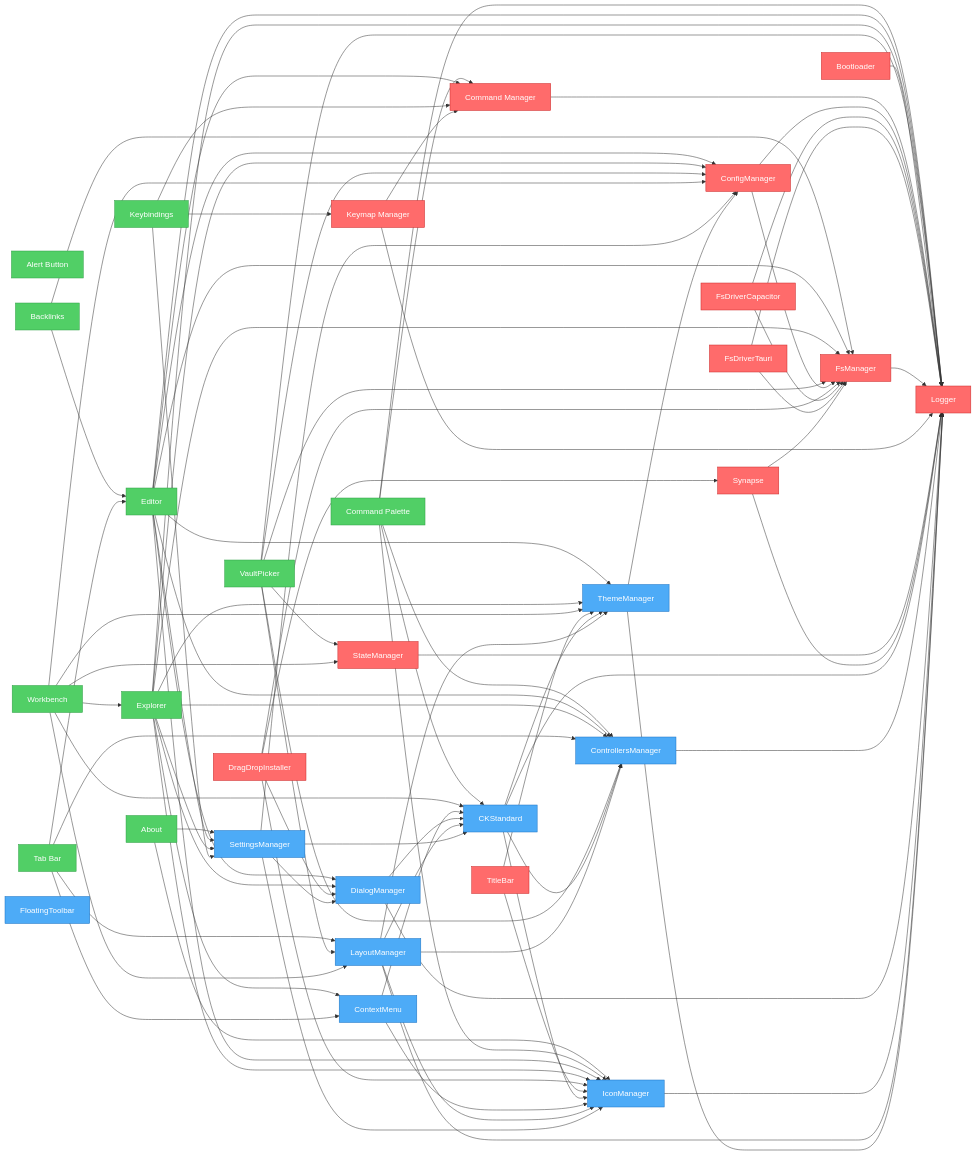
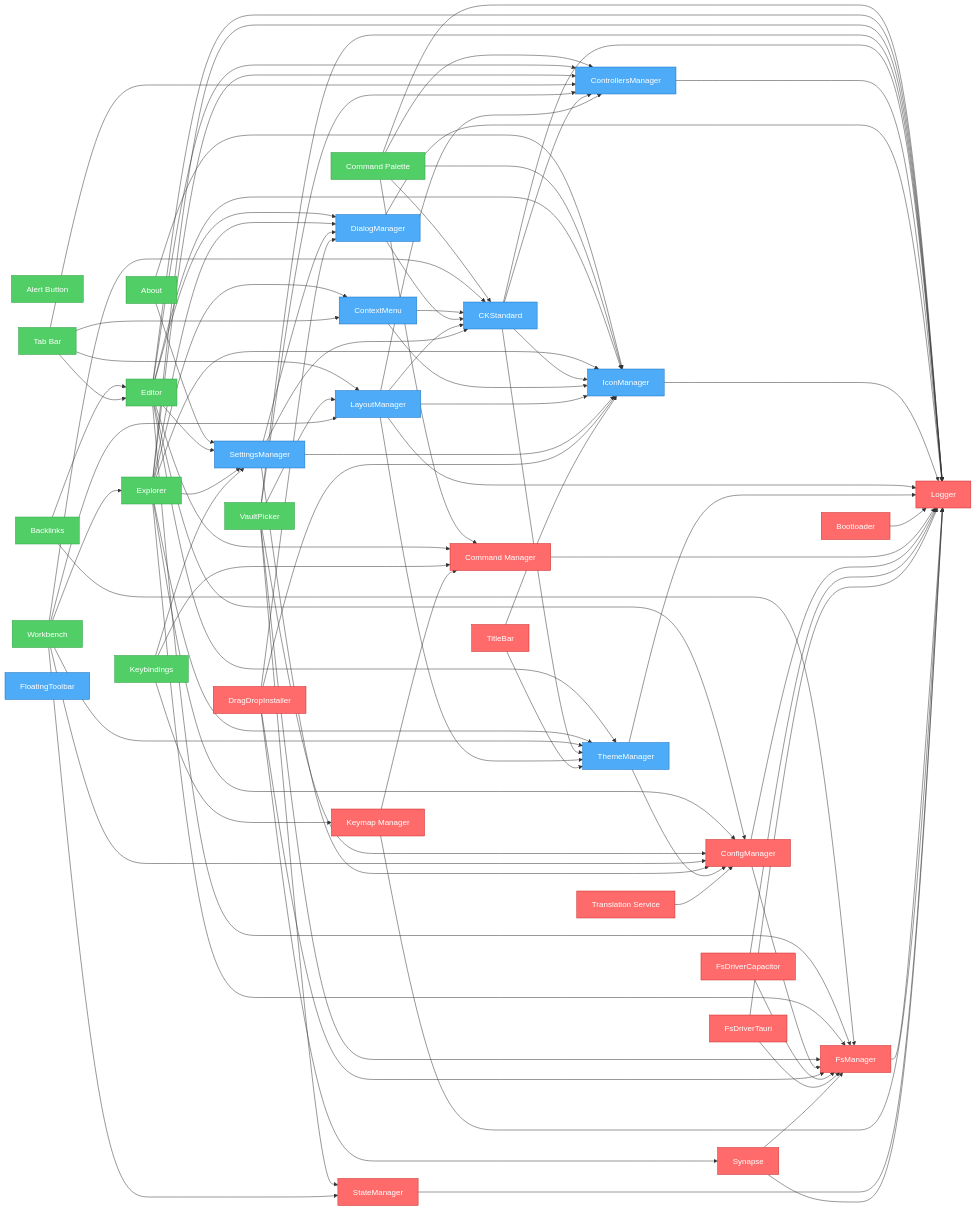
One commit to khton-tech/notehub.md changed the diagram in artifacts/graph.mmd. Above: the diagram before and after it, drawn with Mermaid. The commit also changed 67 other files, not shown here.

Commit message:
feat: add new core features, UI plugins, and internationalization system

```diff
--- a/artifacts/graph.mmd
+++ b/artifacts/graph.mmd
@@ -1,128 +1,130 @@
 flowchart LR
     nh_features_about["About"]
     nh_features_alert-button["Alert Button"]
+    nh_features_command-palette["Command Palette"]
     nh_features_backlinks["Backlinks"]
-    nh_features_command-palette["Command Palette"]
     nh_features_editor["Editor"]
     nh_features_explorer["Explorer"]
     nh_features_keybindings["Keybindings"]
     nh_features_tabbar["Tab Bar"]
     nh_features_vault-picker["VaultPicker"]
     nh_features_workbench["Workbench"]
-    nh_system_bootloader["Bootloader"]
-    nh_system_command-manager["Command Manager"]
-    nh_system_config-manager["ConfigManager"]
-    nh_system_drag-drop["DragDropInstaller"]
-    nh_system_fs-driver-capacitor["FsDriverCapacitor"]
-    nh_system_fs-driver-tauri["FsDriverTauri"]
-    nh_system_fs-manager["FsManager"]
-    nh_system_keymap["Keymap Manager"]
-    nh_system_state-manager["StateManager"]
-    nh_system_logger["Logger"]
-    nh_system_synapse["Synapse"]
-    nh_system_titlebar["TitleBar"]
     nh_ui_ck-standard["CKStandard"]
     nh_ui_context-menu["ContextMenu"]
     nh_ui_controllers-manager["ControllersManager"]
     nh_ui_dialog-manager["DialogManager"]
     nh_ui_floating-toolbar["FloatingToolbar"]
     nh_ui_icon-manager["IconManager"]
     nh_ui_layout-manager["LayoutManager"]
     nh_ui_settings-manager["SettingsManager"]
     nh_ui_theme-manager["ThemeManager"]
+    nh_system_bootloader["Bootloader"]
+    nh_system_command-manager["Command Manager"]
+    nh_system_config-manager["ConfigManager"]
+    nh_system_drag-drop["DragDropInstaller"]
+    nh_system_fs-driver-capacitor["FsDriverCapacitor"]
+    nh_system_fs-driver-tauri["FsDriverTauri"]
+    nh_system_fs-manager["FsManager"]
+    nh_system_i18n["Translation Service"]
+    nh_system_keymap["Keymap Manager"]
+    nh_system_logger["Logger"]
+    nh_system_state-manager["StateManager"]
+    nh_system_synapse["Synapse"]
+    nh_system_titlebar["TitleBar"]
     nh_features_about --> nh_ui_settings-manager
     nh_features_about --> nh_ui_icon-manager
-    nh_features_backlinks --> nh_features_editor
-    nh_features_backlinks --> nh_system_fs-manager
     nh_features_command-palette --> nh_system_command-manager
     nh_features_command-palette --> nh_system_logger
     nh_features_command-palette --> nh_ui_controllers-manager
     nh_features_command-palette --> nh_ui_ck-standard
     nh_features_command-palette --> nh_ui_icon-manager
+    nh_features_backlinks --> nh_features_editor
+    nh_features_backlinks --> nh_system_fs-manager
     nh_features_editor --> nh_system_config-manager
     nh_features_editor --> nh_system_command-manager
     nh_features_editor --> nh_ui_settings-manager
     nh_features_editor --> nh_system_fs-manager
     nh_features_editor --> nh_system_logger
     nh_features_editor --> nh_ui_controllers-manager
     nh_features_editor --> nh_ui_dialog-manager
     nh_features_editor --> nh_ui_icon-manager
     nh_features_editor --> nh_ui_theme-manager
     nh_features_explorer --> nh_system_config-manager
     nh_features_explorer --> nh_ui_settings-manager
     nh_features_explorer --> nh_system_fs-manager
     nh_features_explorer --> nh_system_logger
     nh_features_explorer --> nh_ui_controllers-manager
     nh_features_explorer --> nh_ui_icon-manager
     nh_features_explorer --> nh_ui_theme-manager
     nh_features_explorer --> nh_ui_context-menu
     nh_features_explorer --> nh_ui_dialog-manager
     nh_features_keybindings --> nh_ui_settings-manager
     nh_features_keybindings --> nh_system_command-manager
     nh_features_keybindings --> nh_system_keymap
     nh_features_tabbar --> nh_features_editor
     nh_features_tabbar --> nh_ui_controllers-manager
     nh_features_tabbar --> nh_ui_layout-manager
     nh_features_tabbar --> nh_ui_context-menu
     nh_features_vault-picker --> nh_system_fs-manager
     nh_features_vault-picker --> nh_system_config-manager
     nh_features_vault-picker --> nh_system_state-manager
     nh_features_vault-picker --> nh_system_logger
     nh_features_vault-picker --> nh_ui_controllers-manager
     nh_features_vault-picker --> nh_ui_layout-manager
     nh_features_workbench --> nh_system_config-manager
     nh_features_workbench --> nh_ui_layout-manager
     nh_features_workbench --> nh_ui_theme-manager
     nh_features_workbench --> nh_ui_ck-standard
     nh_features_workbench --> nh_system_state-manager
     nh_features_workbench --> nh_features_explorer
-    nh_system_bootloader --> nh_system_logger
-    nh_system_command-manager --> nh_system_logger
-    nh_system_config-manager --> nh_system_logger
-    nh_system_config-manager --> nh_system_fs-manager
-    nh_system_drag-drop --> nh_ui_icon-manager
-    nh_system_drag-drop --> nh_ui_dialog-manager
-    nh_system_drag-drop --> nh_system_fs-manager
-    nh_system_drag-drop --> nh_system_synapse
-    nh_system_fs-driver-capacitor --> nh_system_logger
-    nh_system_fs-driver-capacitor --> nh_system_fs-manager
-    nh_system_fs-driver-tauri --> nh_system_logger
-    nh_system_fs-driver-tauri --> nh_system_fs-manager
-    nh_system_fs-manager --> nh_system_logger
-    nh_system_keymap --> nh_system_command-manager
-    nh_system_keymap --> nh_system_logger
-    nh_system_state-manager --> nh_system_logger
-    nh_system_synapse --> nh_system_fs-manager
-    nh_system_synapse --> nh_system_logger
-    nh_system_titlebar --> nh_ui_icon-manager
-    nh_system_titlebar --> nh_ui_theme-manager
     nh_ui_ck-standard --> nh_system_logger
     nh_ui_ck-standard --> nh_ui_controllers-manager
     nh_ui_ck-standard --> nh_ui_icon-manager
     nh_ui_ck-standard --> nh_ui_theme-manager
     nh_ui_context-menu --> nh_ui_icon-manager
     nh_ui_context-menu --> nh_ui_ck-standard
     nh_ui_controllers-manager --> nh_system_logger
     nh_ui_dialog-manager --> nh_system_logger
     nh_ui_dialog-manager --> nh_ui_ck-standard
     nh_ui_icon-manager --> nh_system_logger
     nh_ui_layout-manager --> nh_system_logger
     nh_ui_layout-manager --> nh_ui_theme-manager
     nh_ui_layout-manager --> nh_ui_icon-manager
     nh_ui_layout-manager --> nh_ui_controllers-manager
     nh_ui_layout-manager --> nh_ui_ck-standard
     nh_ui_settings-manager --> nh_system_config-manager
     nh_ui_settings-manager --> nh_ui_ck-standard
     nh_ui_settings-manager --> nh_ui_icon-manager
     nh_ui_settings-manager --> nh_ui_dialog-manager
     nh_ui_theme-manager --> nh_system_logger
     nh_ui_theme-manager --> nh_system_config-manager
+    nh_system_bootloader --> nh_system_logger
+    nh_system_command-manager --> nh_system_logger
+    nh_system_config-manager --> nh_system_logger
+    nh_system_config-manager --> nh_system_fs-manager
+    nh_system_drag-drop --> nh_ui_icon-manager
+    nh_system_drag-drop --> nh_ui_dialog-manager
+    nh_system_drag-drop --> nh_system_fs-manager
+    nh_system_drag-drop --> nh_system_synapse
+    nh_system_fs-driver-capacitor --> nh_system_logger
+    nh_system_fs-driver-capacitor --> nh_system_fs-manager
+    nh_system_fs-driver-tauri --> nh_system_logger
+    nh_system_fs-driver-tauri --> nh_system_fs-manager
+    nh_system_fs-manager --> nh_system_logger
+    nh_system_i18n --> nh_system_config-manager
+    nh_system_keymap --> nh_system_command-manager
+    nh_system_keymap --> nh_system_logger
+    nh_system_state-manager --> nh_system_logger
+    nh_system_synapse --> nh_system_fs-manager
+    nh_system_synapse --> nh_system_logger
+    nh_system_titlebar --> nh_ui_icon-manager
+    nh_system_titlebar --> nh_ui_theme-manager
 
     %% Styles
     classDef system fill:#ff6b6b,stroke:#c92a2a,color:#fff
     classDef ui fill:#4dabf7,stroke:#1971c2,color:#fff
     classDef feature fill:#51cf66,stroke:#2f9e44,color:#fff
     class nh_features_about,nh_features_alert-button,nh_features_backlinks,nh_features_keybindings,nh_features_vault-picker feature
     class nh_features_command-palette,nh_features_editor,nh_features_explorer,nh_features_tabbar,nh_features_workbench feature
-    class nh_system_bootloader,nh_system_command-manager,nh_system_config-manager,nh_system_drag-drop,nh_system_fs-driver-capacitor,nh_system_fs-driver-tauri,nh_system_fs-manager,nh_system_keymap,nh_system_state-manager,nh_system_logger,nh_system_synapse,nh_system_titlebar system
     class nh_ui_ck-standard,nh_ui_context-menu,nh_ui_controllers-manager,nh_ui_dialog-manager,nh_ui_floating-toolbar,nh_ui_icon-manager,nh_ui_layout-manager,nh_ui_settings-manager,nh_ui_theme-manager ui
+    class nh_system_bootloader,nh_system_command-manager,nh_system_config-manager,nh_system_drag-drop,nh_system_fs-driver-capacitor,nh_system_fs-driver-tauri,nh_system_fs-manager,nh_system_i18n,nh_system_keymap,nh_system_logger,nh_system_state-manager,nh_system_synapse,nh_system_titlebar system
```
